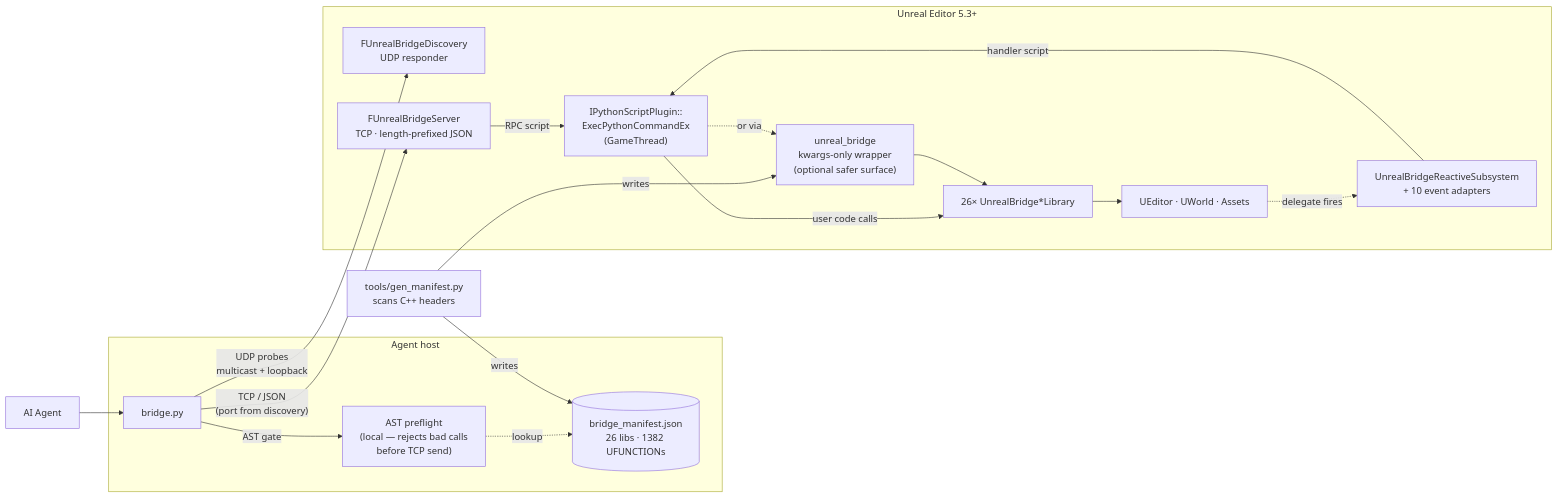
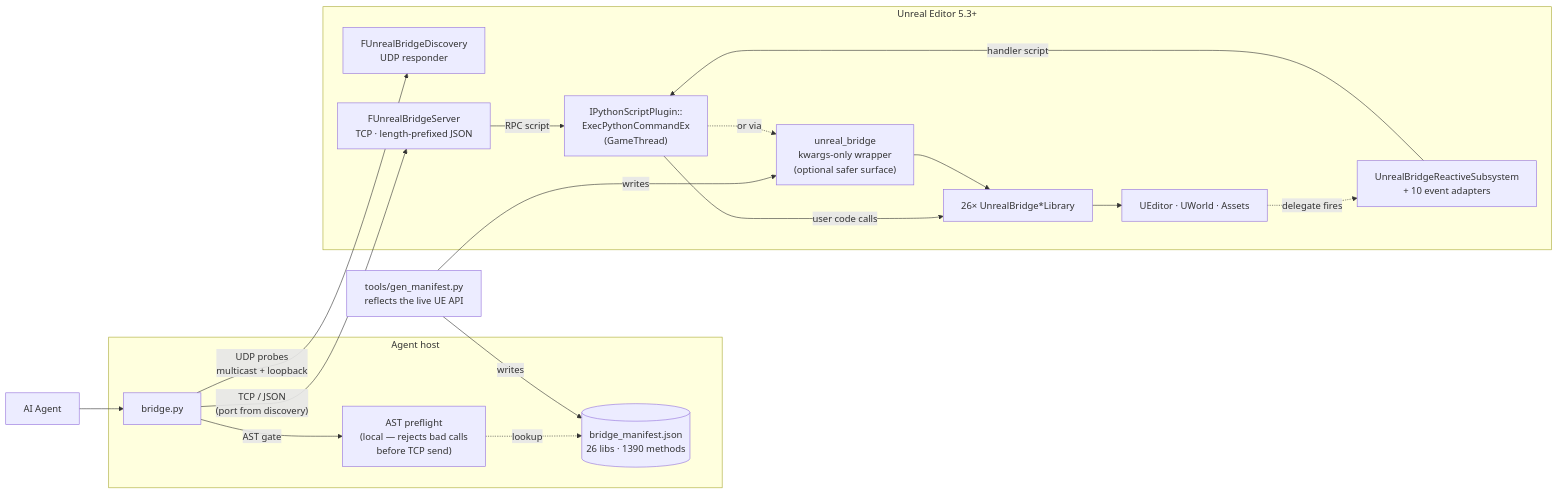
One commit to OnlyDescribe/UnrealBridge changed the diagram in README.md. Above: the diagram before and after it, drawn with Mermaid. The commit also changed other lines of this file and 11 other files, not shown here.

````diff
--- a/README.md
+++ b/README.md
@@ -43,40 +43,40 @@
 ```mermaid
 flowchart LR
     Agent["AI Agent"]
 
     subgraph Host["Agent host"]
       CLI["bridge.py"]
       Pre["AST preflight<br/>(local — rejects bad calls<br/>before TCP send)"]
-      Mani[("bridge_manifest.json<br/>26 libs · 1382 UFUNCTIONs")]
+      Mani[("bridge_manifest.json<br/>26 libs · 1390 methods")]
     end
 
-    Gen["tools/gen_manifest.py<br/>scans C++ headers"]
+    Gen["tools/gen_manifest.py<br/>reflects the live UE API"]
 
     subgraph UE["Unreal Editor 5.3+"]
       Disc["FUnrealBridgeDiscovery<br/>UDP responder"]
       Server["FUnrealBridgeServer<br/>TCP · length-prefixed JSON"]
       Reactive["UnrealBridgeReactiveSubsystem<br/>+ 10 event adapters"]
       Exec["IPythonScriptPlugin::<br/>ExecPythonCommandEx<br/>(GameThread)"]
       Wrap["unreal_bridge<br/>kwargs-only wrapper<br/>(optional safer surface)"]
       Libs["26× UnrealBridge*Library"]
       Engine["UEditor · UWorld · Assets"]
     end
 
     Agent --> CLI
     CLI -- "AST gate" --> Pre
     Pre -. "lookup" .-> Mani
 
     Gen -- "writes" --> Mani
     Gen -- "writes" --> Wrap
 
     CLI -- "UDP probes<br/>multicast + loopback" --> Disc
     CLI -- "TCP / JSON<br/>(port from discovery)" --> Server
     Server -- "RPC script" --> Exec
     Engine -. "delegate fires" .-> Reactive
     Reactive -- "handler script" --> Exec
 
     Exec -- "user code calls" --> Libs
     Exec -. "or via" .-> Wrap
     Wrap --> Libs
     Libs --> Engine
 ```
````
